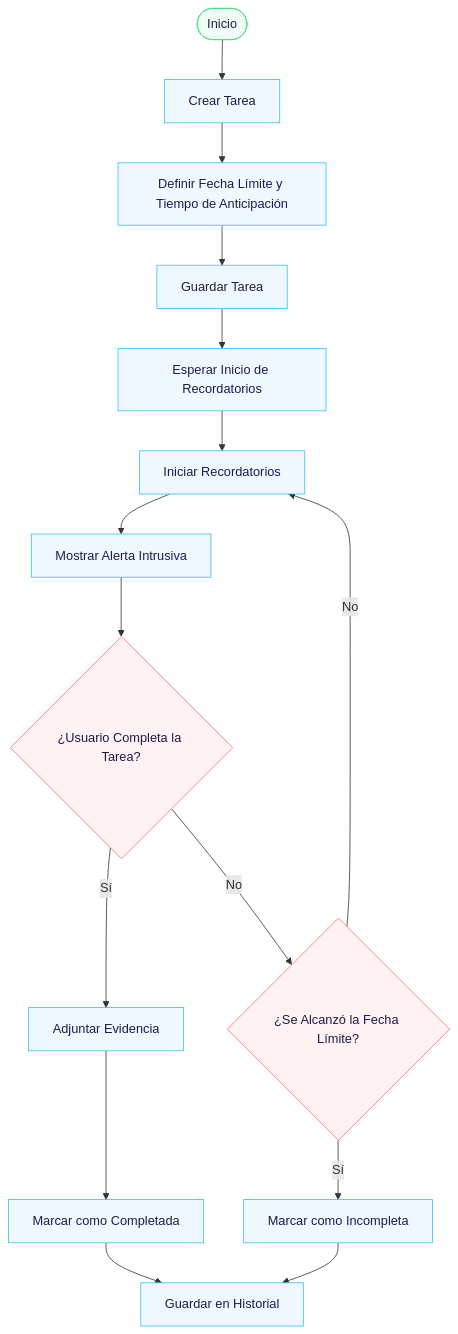
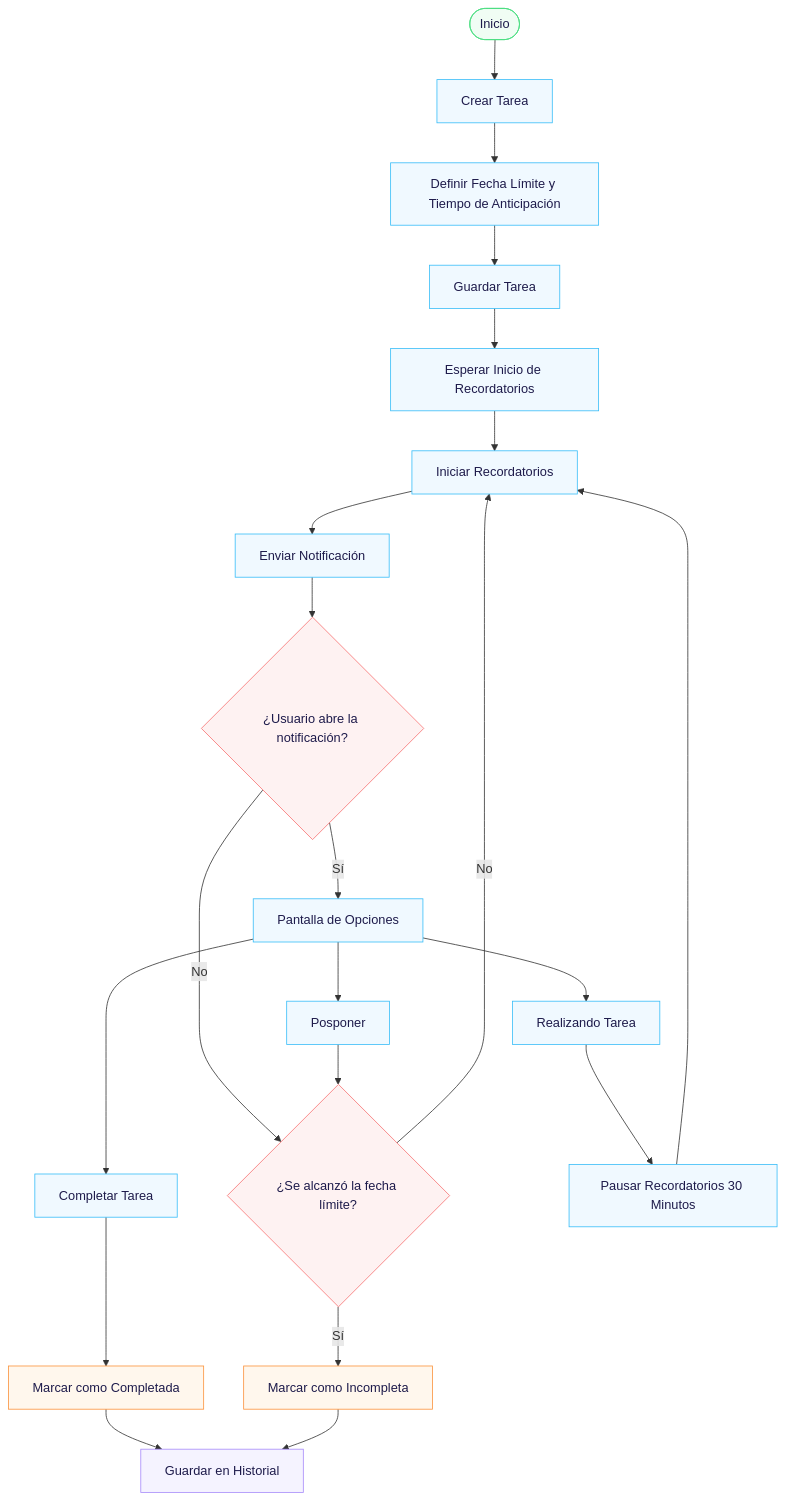
Before and after one commit to Kaelleon/Reminder-NoEscape: the first of 4 diagrams in README.md, drawn with Mermaid. The commit also changed other lines of this file, not shown here.

````diff
--- a/README.md
+++ b/README.md
@@ -115,40 +105,64 @@
 ```mermaid
 ---
 config:
   layout: dagre
 ---
 flowchart TB
     inicio(["Inicio"]) --> crearTarea["Crear Tarea"]
     crearTarea --> definirFecha["Definir Fecha Límite y Tiempo de Anticipación"]
     definirFecha --> guardarTarea["Guardar Tarea"]
+
     guardarTarea --> esperarInicio["Esperar Inicio de Recordatorios"]
     esperarInicio --> iniciarRecordatorios["Iniciar Recordatorios"]
-    iniciarRecordatorios --> mostrarAlerta["Mostrar Alerta Intrusiva"]
-    mostrarAlerta --> completada{"¿Usuario Completa la Tarea?"}
-    completada -- Sí --> adjuntarEvidencia["Adjuntar Evidencia"]
-    adjuntarEvidencia --> marcarCompletada["Marcar como Completada"]
-    completada -- No --> verificarFecha{"¿Se Alcanzó la Fecha Límite?"}
+
+    iniciarRecordatorios --> notificacion["Enviar Notificación"]
+
+    notificacion --> abrirAlerta{"¿Usuario abre la notificación?"}
+
+    abrirAlerta -- Sí --> opciones["Pantalla de Opciones"]
+
+    abrirAlerta -- No --> verificarFecha
+
+    opciones --> posponer["Posponer"]
+    opciones --> realizando["Realizando Tarea"]
+    opciones --> completar["Completar Tarea"]
+
+    posponer --> verificarFecha
+
+    realizando --> pausa["Pausar Recordatorios 30 Minutos"]
+    pausa --> iniciarRecordatorios
+
+    completar --> marcarCompletada["Marcar como Completada"]
+    marcarCompletada --> guardarHistorial["Guardar en Historial"]
+
+    verificarFecha{"¿Se alcanzó la fecha límite?"}
+
     verificarFecha -- No --> iniciarRecordatorios
+
     verificarFecha -- Sí --> marcarIncompleta["Marcar como Incompleta"]
-    marcarIncompleta --> guardarHistorial2["Guardar en Historial"]
-    marcarCompletada --> guardarHistorial2
+    marcarIncompleta --> guardarHistorial
 
-     inicio:::inicio
-     crearTarea:::proceso
-     definirFecha:::proceso
-     guardarTarea:::proceso
-     esperarInicio:::proceso
-     iniciarRecordatorios:::proceso
-     mostrarAlerta:::proceso
-     completada:::decision
-     adjuntarEvidencia:::proceso
-     marcarCompletada:::proceso
-     verificarFecha:::decision
-     marcarIncompleta:::proceso
-     guardarHistorial2:::proceso
+    inicio:::inicio
+    crearTarea:::proceso
+    definirFecha:::proceso
+    guardarTarea:::proceso
+    esperarInicio:::proceso
+    iniciarRecordatorios:::proceso
+    notificacion:::proceso
+    abrirAlerta:::decision
+    opciones:::proceso
+    posponer:::proceso
+    realizando:::proceso
+    pausa:::proceso
+    completar:::proceso
+    verificarFecha:::decision
+    marcarCompletada:::resultado
+    marcarIncompleta:::resultado
+    guardarHistorial:::fin
+
     classDef inicio fill:#f0fdf4,stroke:#4ade80,color:#1e1b4b
     classDef proceso fill:#f0f9ff,stroke:#38bdf8,color:#1e1b4b
     classDef decision fill:#fef2f2,stroke:#f87171,color:#1e1b4b
     classDef resultado fill:#fff7ed,stroke:#fb923c,color:#1e1b4b
     classDef fin fill:#f5f3ff,stroke:#a78bfa,color:#1e1b4b
 ```
````
